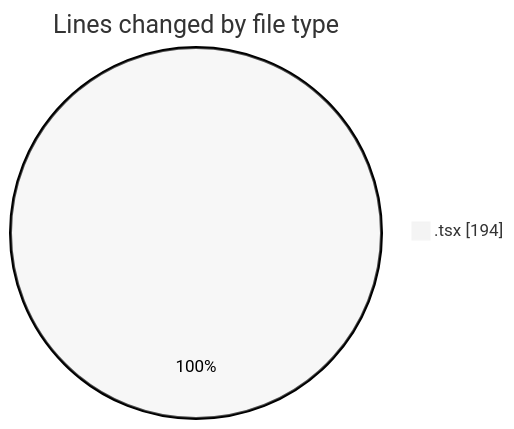
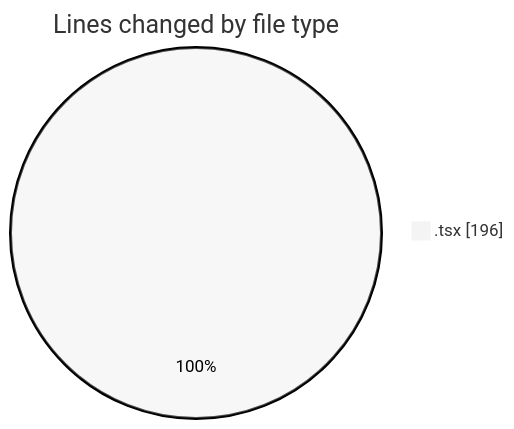
The first of 2 diagrams in 2026-04-19/airfeed-analytics-dashboard/README.md (nxtqubesakshisongat/code-tracking), drawn with Mermaid (neutral theme) before and after one commit. The commit also changed other lines of this file and 1 other file, not shown here.

````diff
--- a/2026-04-19/airfeed-analytics-dashboard/README.md
+++ b/2026-04-19/airfeed-analytics-dashboard/README.md
@@ -20,5 +20,5 @@
 ```mermaid
 pie showData
 title Lines changed by file type
-".tsx" : 194
+".tsx" : 196
 ```
````
